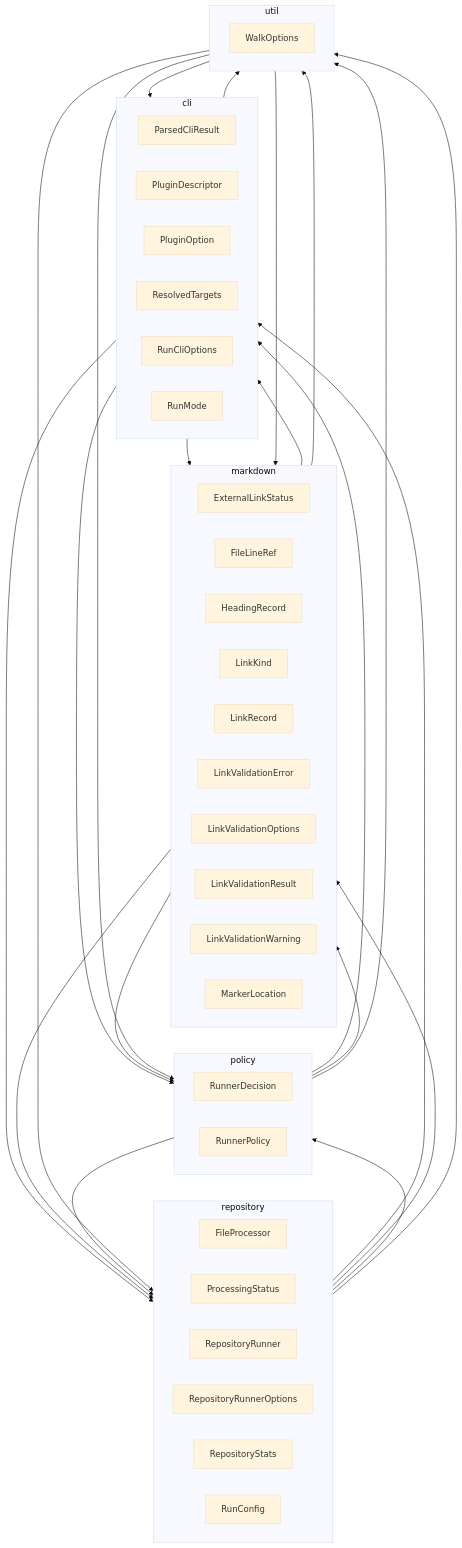
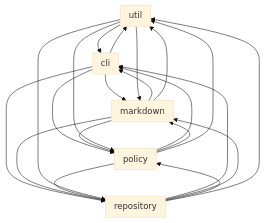
The first of 6 diagrams in javascript/tooling-core/README.md (doikayt/build-tools), drawn with Mermaid (base theme) before and after one commit. The commit also changed 4 other files, not shown here.

````diff
--- a/javascript/tooling-core/README.md
+++ b/javascript/tooling-core/README.md
@@ -131,59 +131,34 @@
 ```mermaid
 flowchart TB
   subgraph cli["cli"]
-    ParsedCliResult
-    PluginDescriptor
-    PluginOption
-    ResolvedTargets
-    RunCliOptions
-    RunMode
   end
   subgraph markdown["markdown"]
-    ExternalLinkStatus
-    FileLineRef
-    HeadingRecord
-    LinkKind
-    LinkRecord
-    LinkValidationError
-    LinkValidationOptions
-    LinkValidationResult
-    LinkValidationWarning
-    MarkerLocation
   end
   subgraph policy["policy"]
-    RunnerDecision
-    RunnerPolicy
   end
   subgraph repository["repository"]
-    FileProcessor
-    ProcessingStatus
-    RepositoryRunner
-    RepositoryRunnerOptions
-    RepositoryStats
-    RunConfig
   end
   subgraph util["util"]
-    WalkOptions
   end
 
   cli --> markdown
   cli --> policy
   cli --> repository
   cli --> util
   markdown --> cli
   markdown --> policy
   markdown --> repository
   markdown --> util
   policy --> cli
   policy --> markdown
   policy --> repository
   policy --> util
   repository --> cli
   repository --> markdown
   repository --> policy
   repository --> util
   util --> cli
   util --> markdown
   util --> policy
   util --> repository
 ```
````
